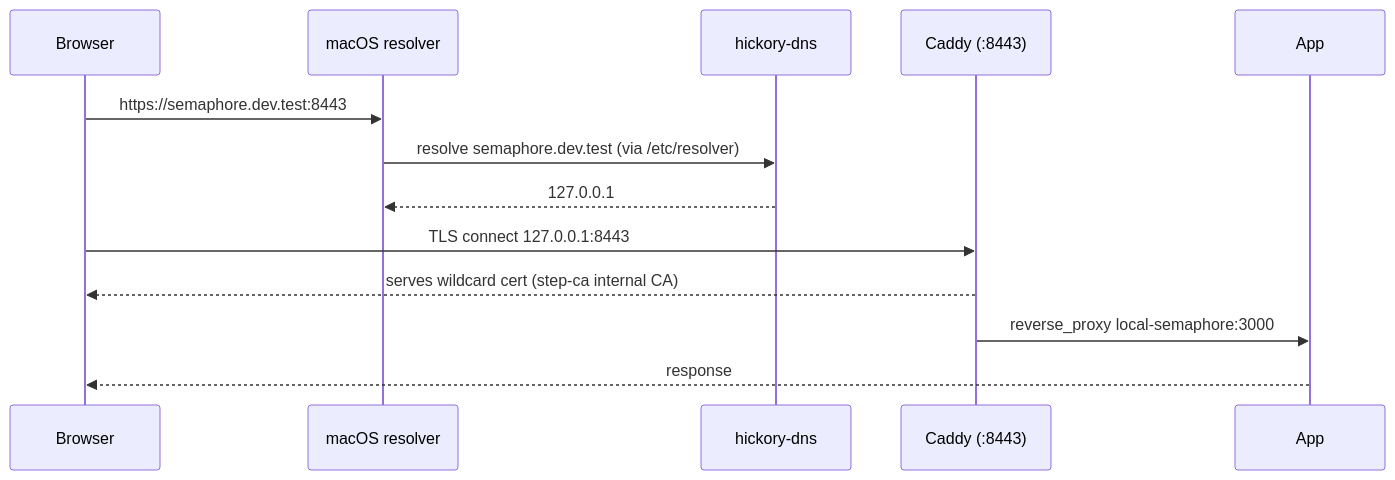
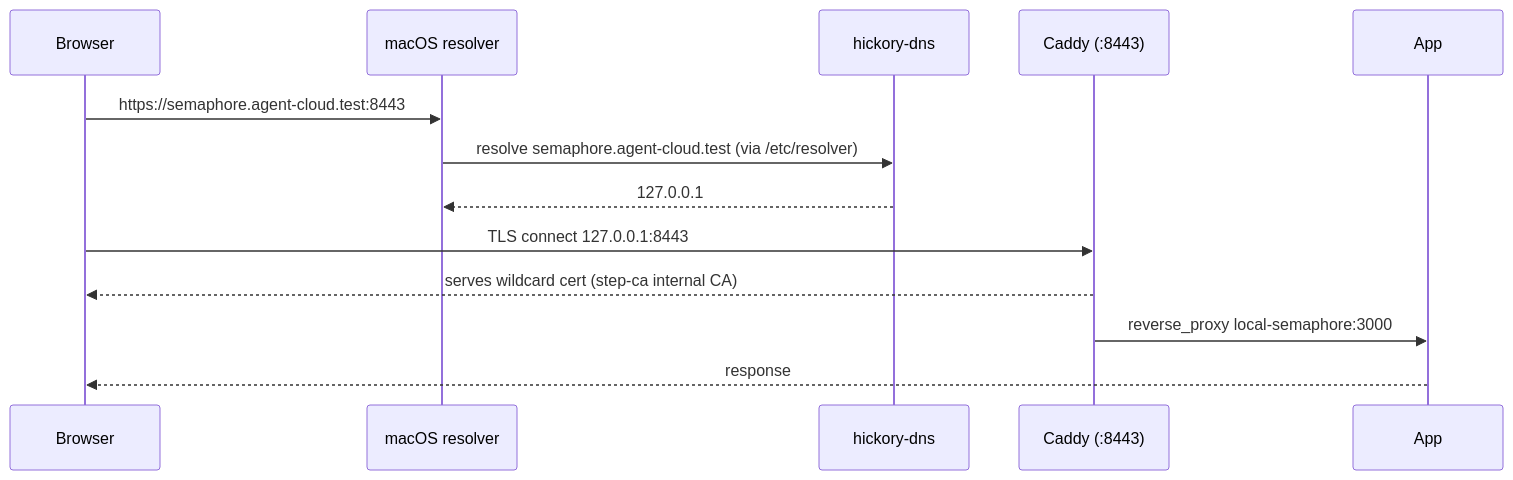
The second of 3 diagrams in LOCAL-DEV-README.md (uhstray-io/agent-cloud), drawn with Mermaid before and after one commit. The commit also changed other lines of this file and 21 other files, not shown here.

````diff
--- a/LOCAL-DEV-README.md
+++ b/LOCAL-DEV-README.md
@@ -109,15 +109,15 @@
 ```mermaid
 sequenceDiagram
     participant B as Browser
     participant R as macOS resolver
     participant H as hickory-dns
     participant C as Caddy (:8443)
     participant A as App
-    B->>R: https://semaphore.dev.test:8443
-    R->>H: resolve semaphore.dev.test (via /etc/resolver)
+    B->>R: https://semaphore.agent-cloud.test:8443
+    R->>H: resolve semaphore.agent-cloud.test (via /etc/resolver)
     H-->>R: 127.0.0.1
     B->>C: TLS connect 127.0.0.1:8443
     C-->>B: serves wildcard cert (step-ca internal CA)
     C->>A: reverse_proxy local-semaphore:3000
     A-->>B: response
 ```
````
